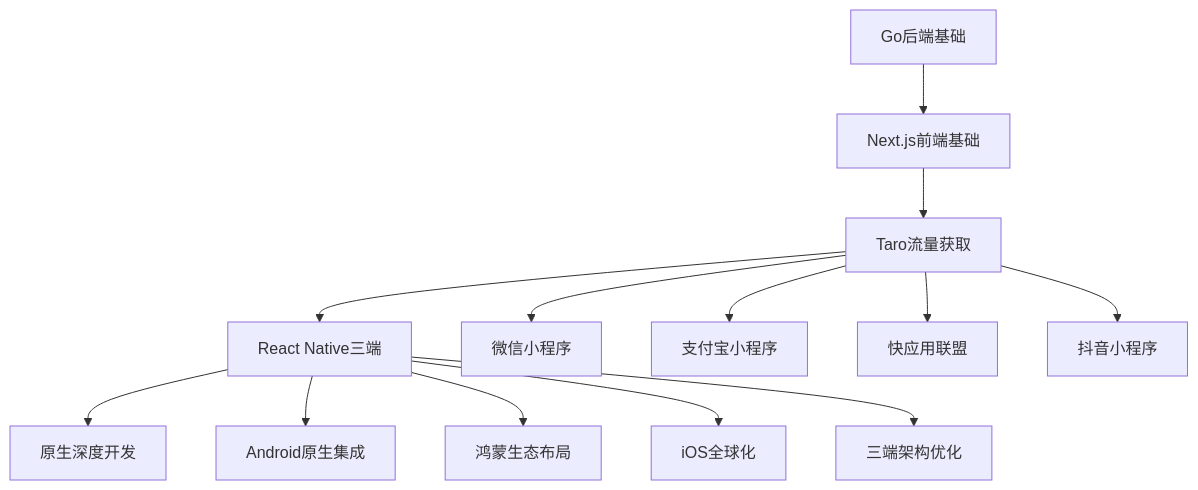
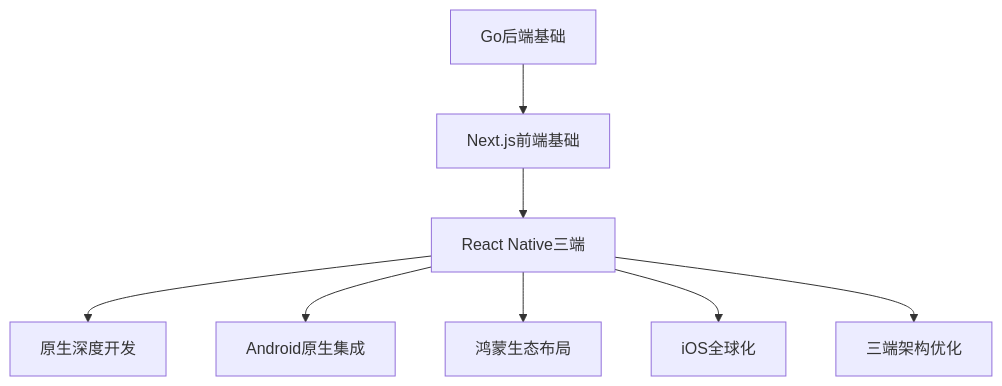
The third of 4 diagrams in shared-resources/tools/document-index.md (x-rush/dev-quest), drawn with Mermaid before and after one commit. The commit also changed other lines of this file and 10 other files, not shown here.

````diff
--- a/shared-resources/tools/document-index.md
+++ b/shared-resources/tools/document-index.md
@@ -330,17 +248,11 @@
 ```mermaid
 graph TD
     A[Go后端基础] --> B[Next.js前端基础]
-    B --> C[Taro流量获取]
-    C --> D[React Native三端]
-    D --> E[原生深度开发]
+    B --> C[React Native三端]
+    C --> D[原生深度开发]
 
-    C --> C1[微信小程序]
-    C --> C2[支付宝小程序]
-    C --> C3[快应用联盟]
-    C --> C4[抖音小程序]
-
-    D --> D1[Android原生集成]
-    D --> D2[鸿蒙生态布局]
-    D --> D3[iOS全球化]
-    D --> D4[三端架构优化]
+    C --> D1[Android原生集成]
+    C --> D2[鸿蒙生态布局]
+    C --> D3[iOS全球化]
+    C --> D4[三端架构优化]
 ```
````
